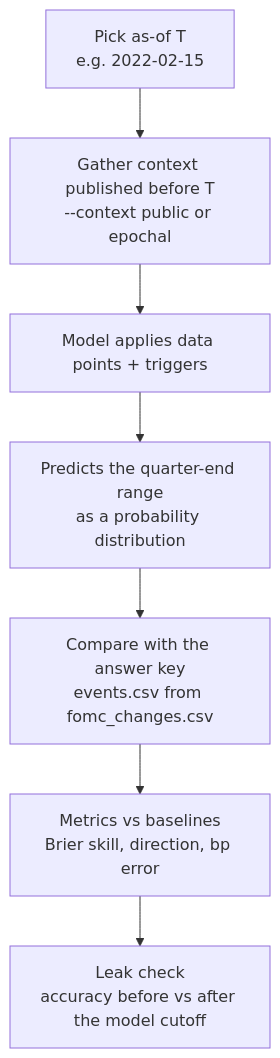
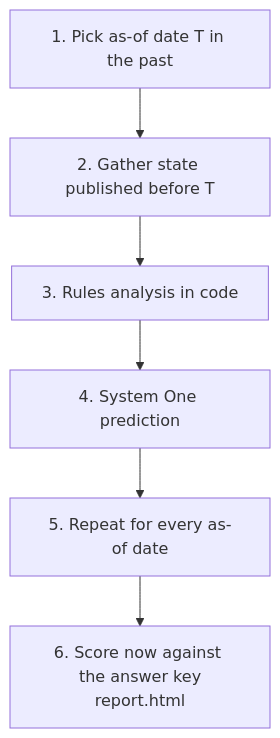
One commit to sgarrepalli27/epochal-pilot changed the second of 4 diagrams in README.md. Above: the diagram before and after it, drawn with Mermaid. The commit also changed other lines of this file and 3 other files, not shown here.

Commit message:
Release v0.3.1: System One providers, official pipeline, and developer README

````diff
--- a/README.md
+++ b/README.md
@@ -102,9 +128,8 @@
 ```mermaid
 flowchart TD
-    A["Pick as-of T<br/>e.g. 2022-02-15"] --> B["Gather context published before T<br/>--context public or epochal"]
-    B --> C["Model applies data points + triggers"]
-    C --> D["Predicts the quarter-end range<br/>as a probability distribution"]
-    D --> E["Compare with the answer key<br/>events.csv from fomc_changes.csv"]
-    E --> F["Metrics vs baselines<br/>Brier skill, direction, bp error"]
-    F --> G["Leak check<br/>accuracy before vs after the model cutoff"]
+    B1["1. Pick as-of date T in the past"] --> B2["2. Gather state published before T"]
+    B2 --> B3["3. Rules analysis in code"]
+    B3 --> B4["4. System One prediction"]
+    B4 --> B5["5. Repeat for every as-of date"]
+    B5 --> B6["6. Score now against the answer key<br/>report.html"]
 ```
````
